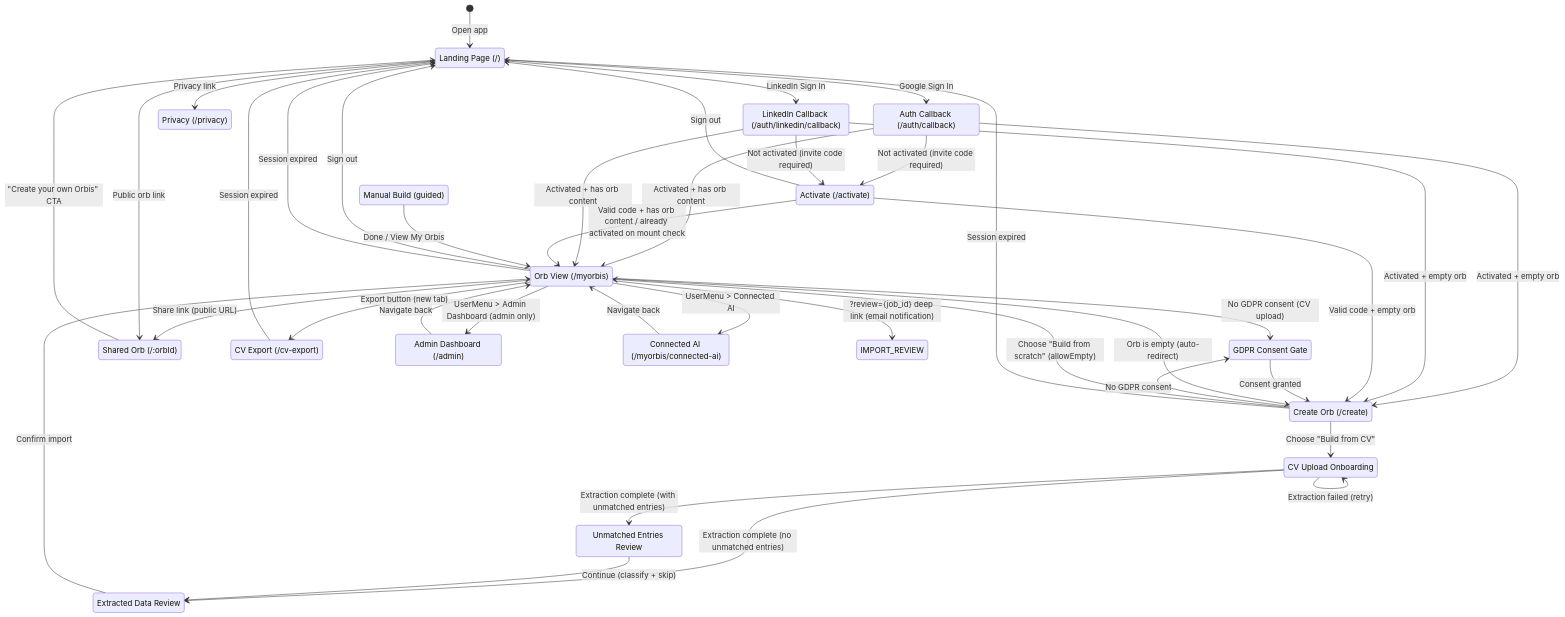
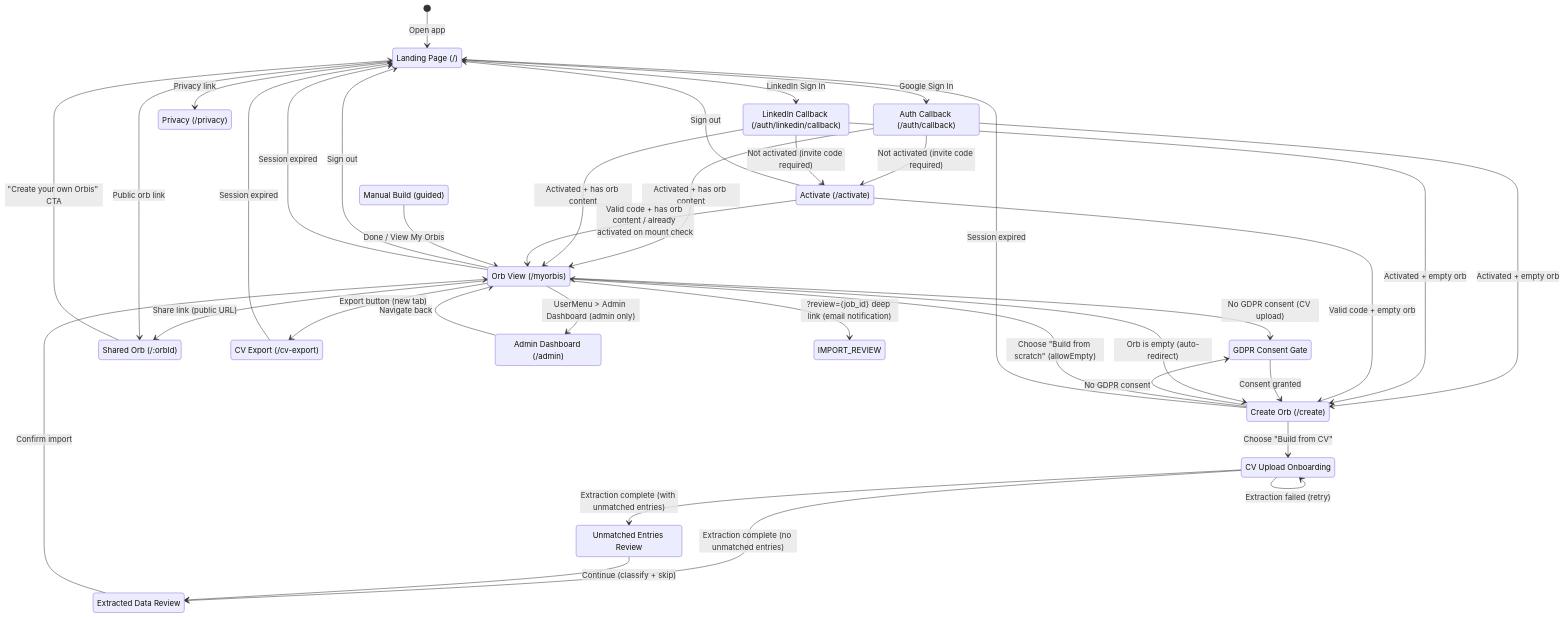
The first of 3 diagrams in docs/navigation-flow.md (open-orbis/open-orbis), drawn with Mermaid before and after one commit. The commit also changed other lines of this file and 10 other files, not shown here.

First line of the commit message:
refactor(frontend): move Connected AI clients from page to modal

````diff
--- a/docs/navigation-flow.md
+++ b/docs/navigation-flow.md
@@ -19,77 +19,74 @@
 ```mermaid
 stateDiagram-v2
     [*] --> LANDING: Open app
 
     %% ── Authentication ──
     state "Landing Page (/)" as LANDING
     state "Auth Callback (/auth/callback)" as AUTH_CALLBACK
     state "LinkedIn Callback (/auth/linkedin/callback)" as LINKEDIN_CALLBACK
     state "GDPR Consent Gate" as CONSENT_GATE
     state "Create Orb (/create)" as CREATE
     state "CV Upload Onboarding" as CV_UPLOAD
     state "Unmatched Entries Review" as CV_UNMATCHED
     state "Extracted Data Review" as CV_REVIEW
     state "Manual Build (guided)" as MANUAL_BUILD
     state "Orb View (/myorbis)" as ORB_VIEW
     state "Shared Orb (/:orbId)" as SHARED_ORB
     state "CV Export (/cv-export)" as CV_EXPORT
     state "Privacy (/privacy)" as PRIVACY
     state "Activate (/activate)" as ACTIVATION
     state "Admin Dashboard (/admin)" as ADMIN
-    state "Connected AI (/myorbis/connected-ai)" as CONNECTED_AI_PAGE
 
     %% ── Auth flows ──
     LANDING --> AUTH_CALLBACK: Google Sign In
     LANDING --> LINKEDIN_CALLBACK: LinkedIn Sign In
     AUTH_CALLBACK --> ACTIVATION: Not activated (invite code required)
     AUTH_CALLBACK --> ORB_VIEW: Activated + has orb content
     AUTH_CALLBACK --> CREATE: Activated + empty orb
     LINKEDIN_CALLBACK --> ACTIVATION: Not activated (invite code required)
     LINKEDIN_CALLBACK --> ORB_VIEW: Activated + has orb content
     LINKEDIN_CALLBACK --> CREATE: Activated + empty orb
 
     %% ── Activation gate (closed beta) ──
     ACTIVATION --> ORB_VIEW: Valid code + has orb content / already activated on mount check
     ACTIVATION --> CREATE: Valid code + empty orb
     ACTIVATION --> LANDING: Sign out
 
     %% ── Admin dashboard ──
     ORB_VIEW --> ADMIN: UserMenu > Admin Dashboard (admin only)
     ADMIN --> ORB_VIEW: Navigate back
 
-    %% ── Connected AI ──
-    ORB_VIEW --> CONNECTED_AI_PAGE: UserMenu > Connected AI
-    CONNECTED_AI_PAGE --> ORB_VIEW: Navigate back
+    %% ── Connected AI modal (overlays ORB_VIEW; no route change) ──
 
     %% ── Consent gate ──
     CREATE --> CONSENT_GATE: No GDPR consent
     CONSENT_GATE --> CREATE: Consent granted
     ORB_VIEW --> CONSENT_GATE: No GDPR consent (CV upload)
 
     %% ── Create flows ──
     CREATE --> CV_UPLOAD: Choose "Build from CV"
     CREATE --> ORB_VIEW: Choose "Build from scratch" (allowEmpty)
     CV_UPLOAD --> CV_UNMATCHED: Extraction complete (with unmatched entries)
     CV_UPLOAD --> CV_REVIEW: Extraction complete (no unmatched entries)
     CV_UNMATCHED --> CV_REVIEW: Continue (classify + skip)
     CV_REVIEW --> ORB_VIEW: Confirm import
     CV_UPLOAD --> CV_UPLOAD: Extraction failed (retry)
     MANUAL_BUILD --> ORB_VIEW: Done / View My Orbis
 
     %% ── Orb View navigation ──
     ORB_VIEW --> CV_EXPORT: Export button (new tab)
     ORB_VIEW --> SHARED_ORB: Share link (public URL)
     ORB_VIEW --> CREATE: Orb is empty (auto-redirect)
     ORB_VIEW --> LANDING: Sign out
     ORB_VIEW --> IMPORT_REVIEW: ?review={job_id} deep link (email notification)
 
     %% ── Public pages ──
     LANDING --> PRIVACY: Privacy link
     LANDING --> SHARED_ORB: Public orb link
     SHARED_ORB --> LANDING: "Create your own Orbis" CTA
 
     %% ── Session expiry ──
     ORB_VIEW --> LANDING: Session expired
     CREATE --> LANDING: Session expired
     CV_EXPORT --> LANDING: Session expired
 ```
````
